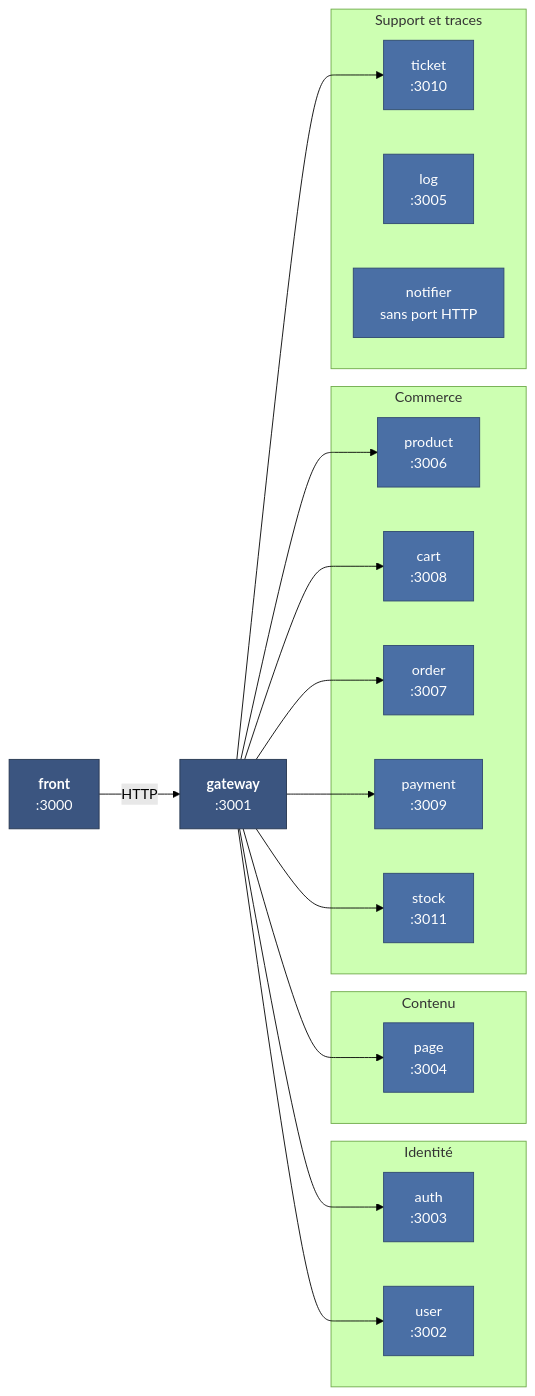
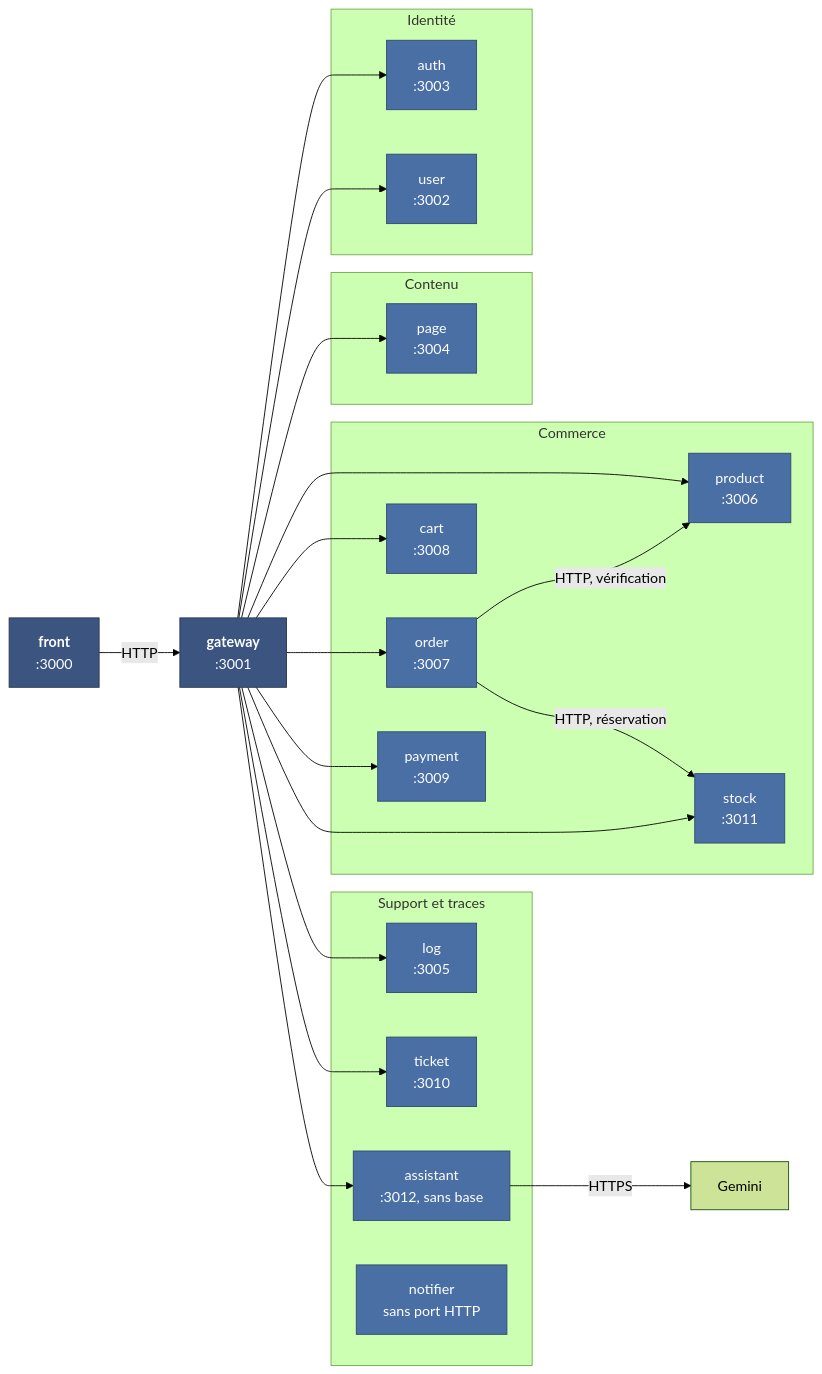
One commit to CollectEverything-MNS/Goosee changed the first of 2 diagrams in docs/architecture/c4-composants-tenant.md. Above: the diagram before and after it, drawn with Mermaid (forest theme). The commit also changed other lines of this file and 24 other files, not shown here.

Commit message:
docs: align guides diagrams and API reference with validated POC

````diff
--- a/docs/architecture/c4-composants-tenant.md
+++ b/docs/architecture/c4-composants-tenant.md
@@ -7,44 +7,50 @@
 ```mermaid
 graph LR
     front["<b>front</b><br/>:3000"]
     gw["<b>gateway</b><br/>:3001"]
 
     subgraph identite["Identité"]
         auth["auth<br/>:3003"]
         user["user<br/>:3002"]
     end
 
     subgraph vitrine["Contenu"]
         page["page<br/>:3004"]
     end
 
     subgraph commerce["Commerce"]
         product["product<br/>:3006"]
         cart["cart<br/>:3008"]
         order["order<br/>:3007"]
         payment["payment<br/>:3009"]
         stock["stock<br/>:3011"]
     end
 
     subgraph support["Support et traces"]
+        assistant["assistant<br/>:3012, sans base"]
         ticket["ticket<br/>:3010"]
         log["log<br/>:3005"]
         notifier["notifier<br/>sans port HTTP"]
     end
 
     front -->|HTTP| gw
     gw --> auth
     gw --> user
     gw --> page
     gw --> product
     gw --> cart
     gw --> order
     gw --> payment
     gw --> stock
+    gw --> log
     gw --> ticket
+    gw --> assistant
+    order -->|HTTP, vérification| product
+    order -->|HTTP, réservation| stock
+    assistant -->|HTTPS| gemini["Gemini"]
 
     classDef porte fill:#3b5580,stroke:#26364f,color:#ffffff
     classDef service fill:#4a6fa5,stroke:#2f4870,color:#ffffff
     class front,gw porte
-    class auth,user,page,product,cart,order,payment,stock,ticket,log,notifier service
+    class auth,user,page,product,cart,order,payment,stock,ticket,log,notifier,assistant service
 ```
````
